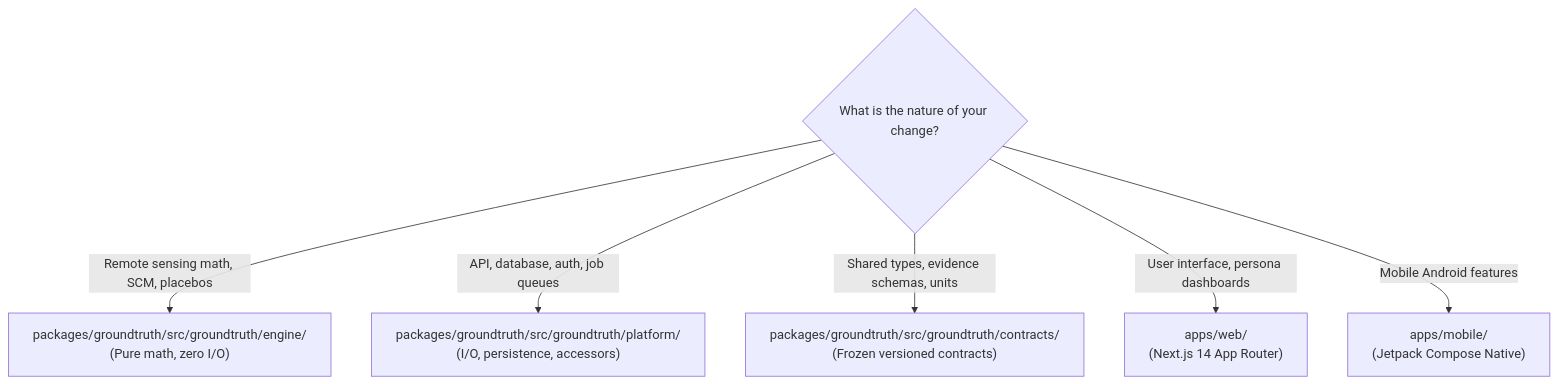
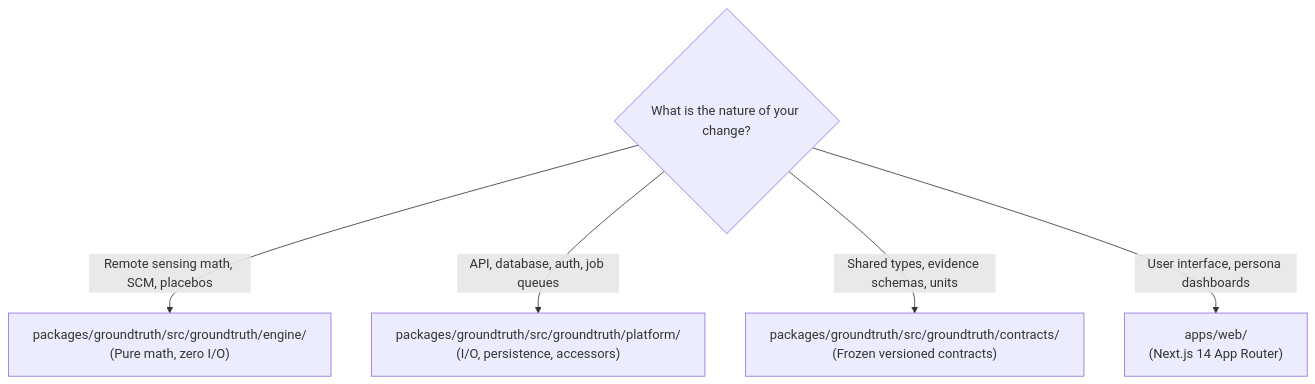
Before and after one commit to Viraj281105/GroundTruth: the second of 2 diagrams in CONTRIBUTING.md, drawn with Mermaid. The commit also changed other lines of this file and 71 other files, not shown here.

````diff
--- a/CONTRIBUTING.md
+++ b/CONTRIBUTING.md
@@ -83,10 +83,9 @@
 ```mermaid
 flowchart TD
     Q{"What is the nature of your change?"}
     
     Q -- "Remote sensing math, SCM, placebos" --> Engine["packages/groundtruth/src/groundtruth/engine/<br/>(Pure math, zero I/O)"]
     Q -- "API, database, auth, job queues" --> Platform["packages/groundtruth/src/groundtruth/platform/<br/>(I/O, persistence, accessors)"]
     Q -- "Shared types, evidence schemas, units" --> Contracts["packages/groundtruth/src/groundtruth/contracts/<br/>(Frozen versioned contracts)"]
     Q -- "User interface, persona dashboards" --> Web["apps/web/<br/>(Next.js 14 App Router)"]
-    Q -- "Mobile Android features" --> Mobile["apps/mobile/<br/>(Jetpack Compose Native)"]
 ```
````
